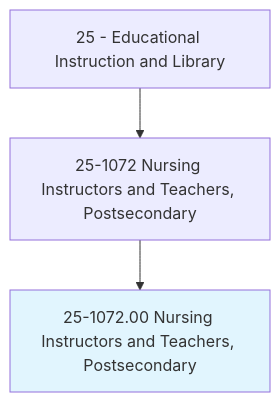
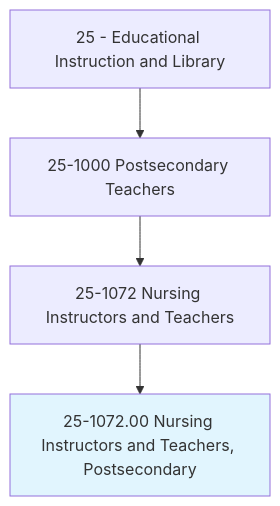
One commit to kziemski/business.org.ai changed the first of 4 diagrams in occupations/Education/NursingInstructorsAndTeachersPostsecondary.mdx. Above: the diagram before and after it, drawn with Mermaid. The commit also changed other lines of this file and 938 other files, not shown here.

````diff
--- a/occupations/Education/NursingInstructorsAndTeachersPostsecondary.mdx
+++ b/occupations/Education/NursingInstructorsAndTeachersPostsecondary.mdx
@@ -19,6 +23,7 @@
 ```mermaid
 graph TD
-    Cat25["25 - Educational Instruction and Library"] --> Group251072["25-1072 Nursing Instructors and Teachers, Postsecondary"]
+    Cat25["25 - Educational Instruction and Library"] --> Group251["25-1000 Postsecondary Teachers"]
+    Group251 --> Group251072["25-1072 Nursing Instructors and Teachers"]
     Group251072 --> Current["25-1072.00 Nursing Instructors and Teachers, Postsecondary"]
     style Current fill:#e1f5fe
 ```
````
